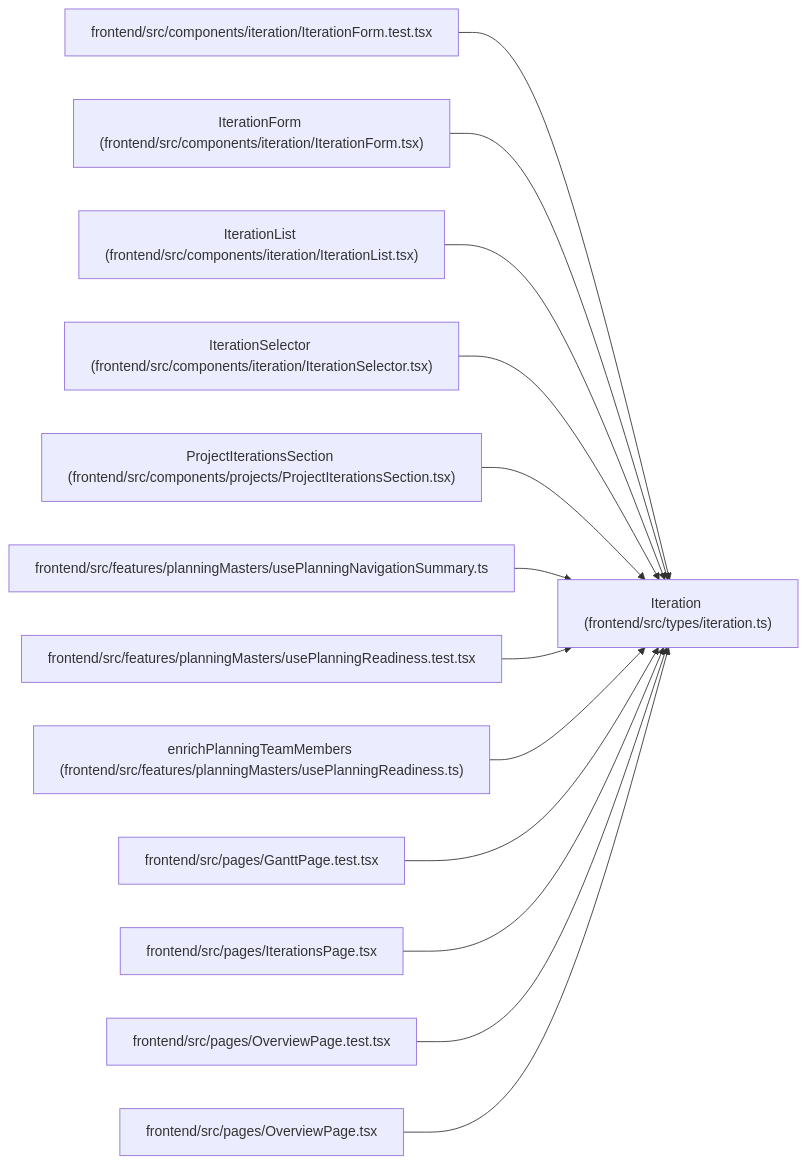
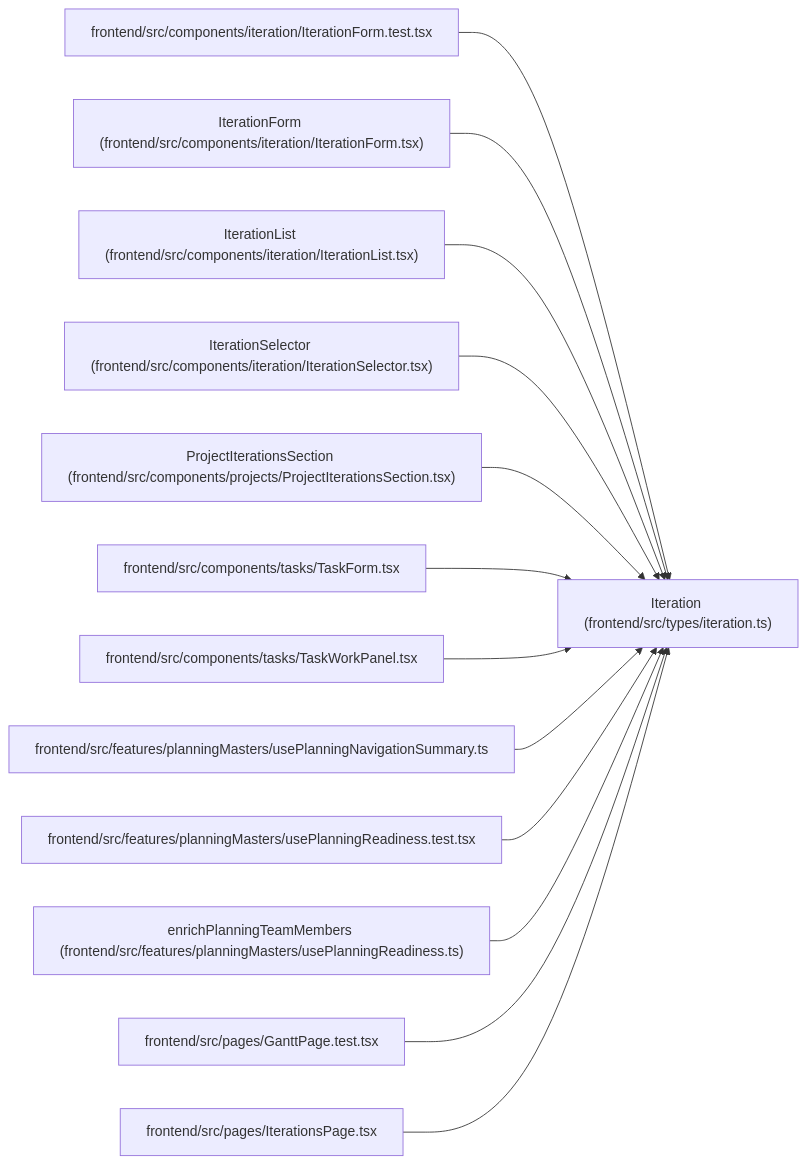
The diagram in docs/llm_wiki/entities/types_iteration_Iteration.md (Denissvgn/WorkChord), drawn with Mermaid before and after one commit. The commit also changed other lines of this file and 331 other files, not shown here.

````diff
--- a/docs/llm_wiki/entities/types_iteration_Iteration.md
+++ b/docs/llm_wiki/entities/types_iteration_Iteration.md
@@ -35,41 +35,41 @@
 ```mermaid
 flowchart LR
     n0["Iteration (frontend/src/types/iteration.ts)"]
     n1["frontend/src/components/iteration/IterationForm.test.tsx"]
     n2["IterationForm (frontend/src/components/iteration/IterationForm.tsx)"]
     n3["IterationList (frontend/src/components/iteration/IterationList.tsx)"]
     n4["IterationSelector (frontend/src/components/iteration/IterationSelector.tsx)"]
     n5["ProjectIterationsSection (frontend/src/components/projects/ProjectIterationsSection.tsx)"]
-    n6["frontend/src/features/planningMasters/usePlanningNavigationSummary.ts"]
-    n7["frontend/src/features/planningMasters/usePlanningReadiness.test.tsx"]
-    n8["enrichPlanningTeamMembers (frontend/src/features/planningMasters/usePlanningReadiness.ts)"]
-    n9["frontend/src/pages/GanttPage.test.tsx"]
-    n10["frontend/src/pages/IterationsPage.tsx"]
-    n11["frontend/src/pages/OverviewPage.test.tsx"]
-    n12["frontend/src/pages/OverviewPage.tsx"]
+    n6["frontend/src/components/tasks/TaskForm.tsx"]
+    n7["frontend/src/components/tasks/TaskWorkPanel.tsx"]
+    n8["frontend/src/features/planningMasters/usePlanningNavigationSummary.ts"]
+    n9["frontend/src/features/planningMasters/usePlanningReadiness.test.tsx"]
+    n10["enrichPlanningTeamMembers (frontend/src/features/planningMasters/usePlanningReadiness.ts)"]
+    n11["frontend/src/pages/GanttPage.test.tsx"]
+    n12["frontend/src/pages/IterationsPage.tsx"]
     n1 --> n0
     n2 --> n0
     n3 --> n0
     n4 --> n0
     n5 --> n0
     n6 --> n0
     n7 --> n0
     n8 --> n0
     n9 --> n0
     n10 --> n0
     n11 --> n0
     n12 --> n0
     click n0 "../modules/types_iteration.md"
     click n1 "../modules/IterationForm.test.md"
     click n2 "../modules/IterationForm.md"
     click n3 "../modules/IterationList.md"
     click n4 "../modules/IterationSelector.md"
     click n5 "../modules/ProjectIterationsSection.md"
-    click n6 "../modules/usePlanningNavigationSummary.md"
-    click n7 "../modules/usePlanningReadiness.test.md"
-    click n8 "../modules/usePlanningReadiness.md"
-    click n9 "../modules/GanttPage.test.md"
-    click n10 "../modules/IterationsPage.md"
-    click n11 "../modules/OverviewPage.test.md"
-    click n12 "../modules/OverviewPage.md"
+    click n6 "../modules/TaskForm.md"
+    click n7 "../modules/TaskWorkPanel.md"
+    click n8 "../modules/usePlanningNavigationSummary.md"
+    click n9 "../modules/usePlanningReadiness.test.md"
+    click n10 "../modules/usePlanningReadiness.md"
+    click n11 "../modules/GanttPage.test.md"
+    click n12 "../modules/IterationsPage.md"
 ```
````
